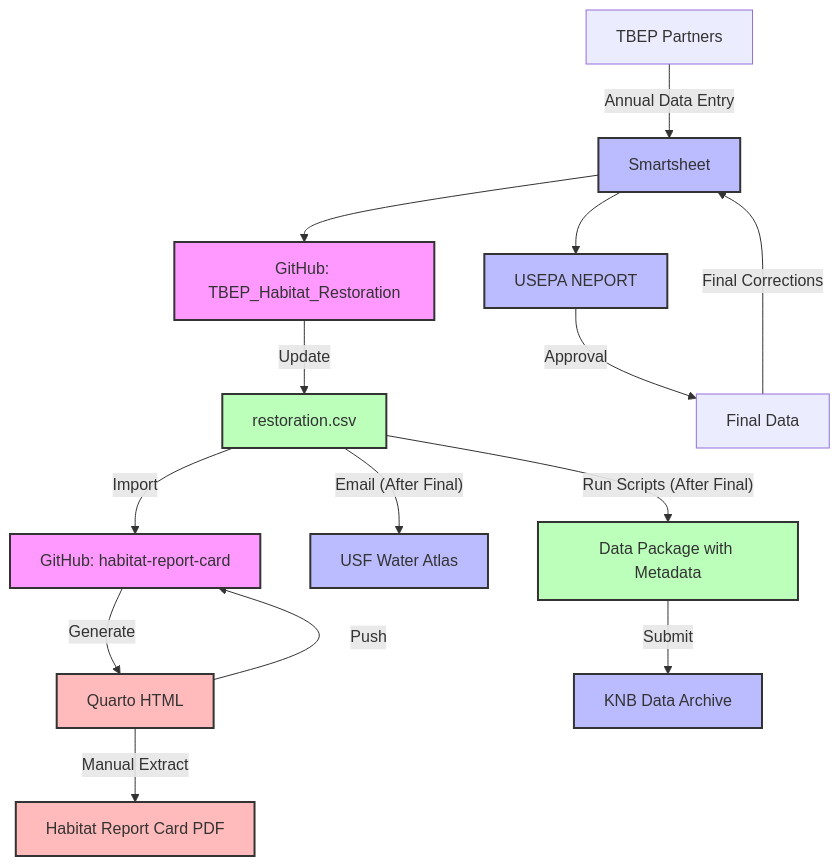
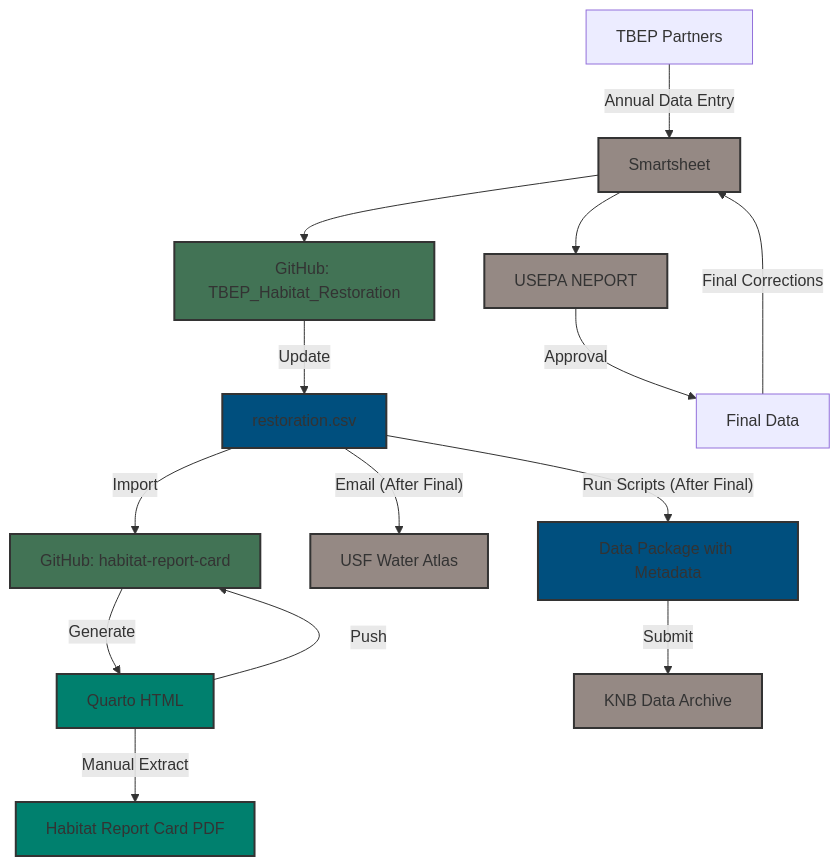
One commit to tbep-tech/TBEP_Habitat_Restoration changed the diagram in README.md. Above: the diagram before and after it, drawn with Mermaid.

Commit message:
change colors in mermaid

````diff
--- a/README.md
+++ b/README.md
@@ -11,26 +11,26 @@
 ```mermaid
 flowchart TD
     A[TBEP Partners] -->|Annual Data Entry| B[Smartsheet]
     B --> C[USEPA NEPORT]
     B --> D[GitHub: TBEP_Habitat_Restoration]
     D -->|Update| E[restoration.csv]
     E -->|Import| F[GitHub: habitat-report-card]
     F -->|Generate| G[Quarto HTML]
     G -->|Push| F
     G -->|Manual Extract| H[Habitat Report Card PDF]
     C -->|Approval| I[Final Data]
     E -->|"Email (After Final)"| J[USF Water Atlas]
     E -->|"Run Scripts (After Final)"| K[Data Package with Metadata]
     K -->|Submit| L[KNB Data Archive]
     I -->|Final Corrections| B
     
-    classDef repo fill:#f9f,stroke:#333,stroke-width:2px
-    classDef system fill:#bbf,stroke:#333,stroke-width:2px
-    classDef file fill:#bfb,stroke:#333,stroke-width:2px
-    classDef output fill:#fbb,stroke:#333,stroke-width:2px
+    classDef repo fill:#427355,stroke:#333,stroke-width:2px
+    classDef system fill:#958984,stroke:#333,stroke-width:2px
+    classDef file fill:#004F7E,stroke:#333,stroke-width:2px
+    classDef output fill:#00806E,stroke:#333,stroke-width:2px
     
     class D,F repo
     class B,C,J,L system
     class E,K file
     class G,H output
 ```    
````
